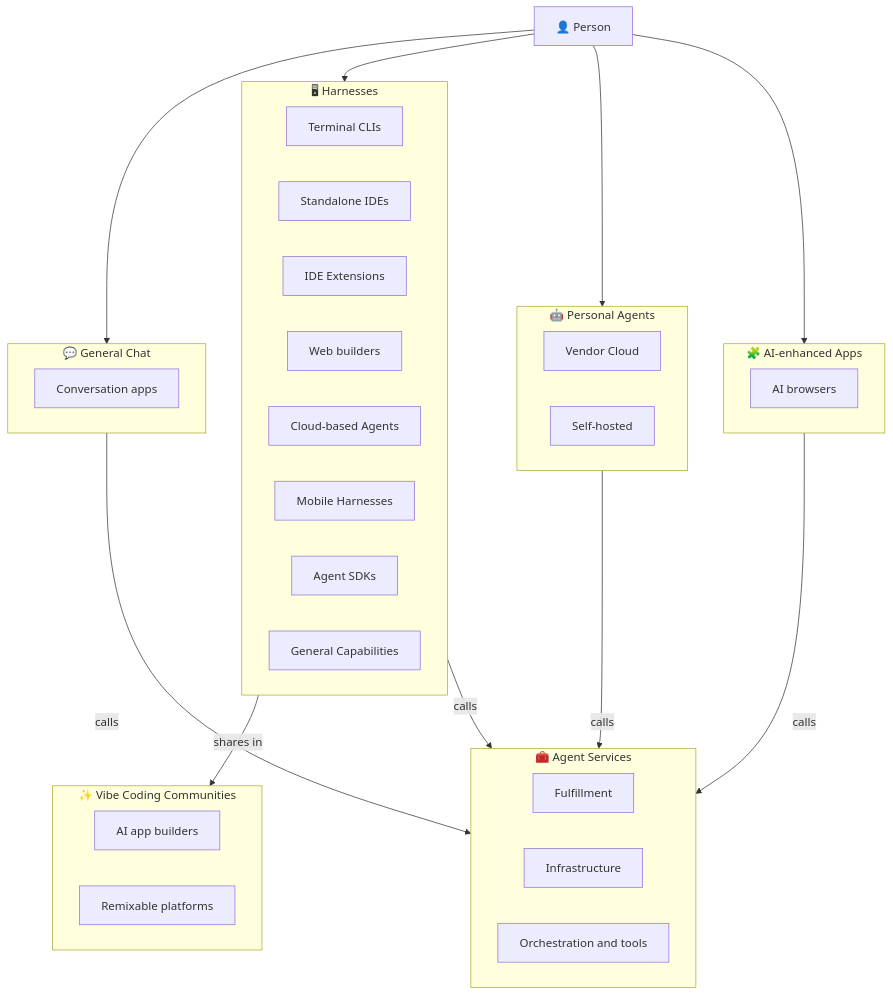
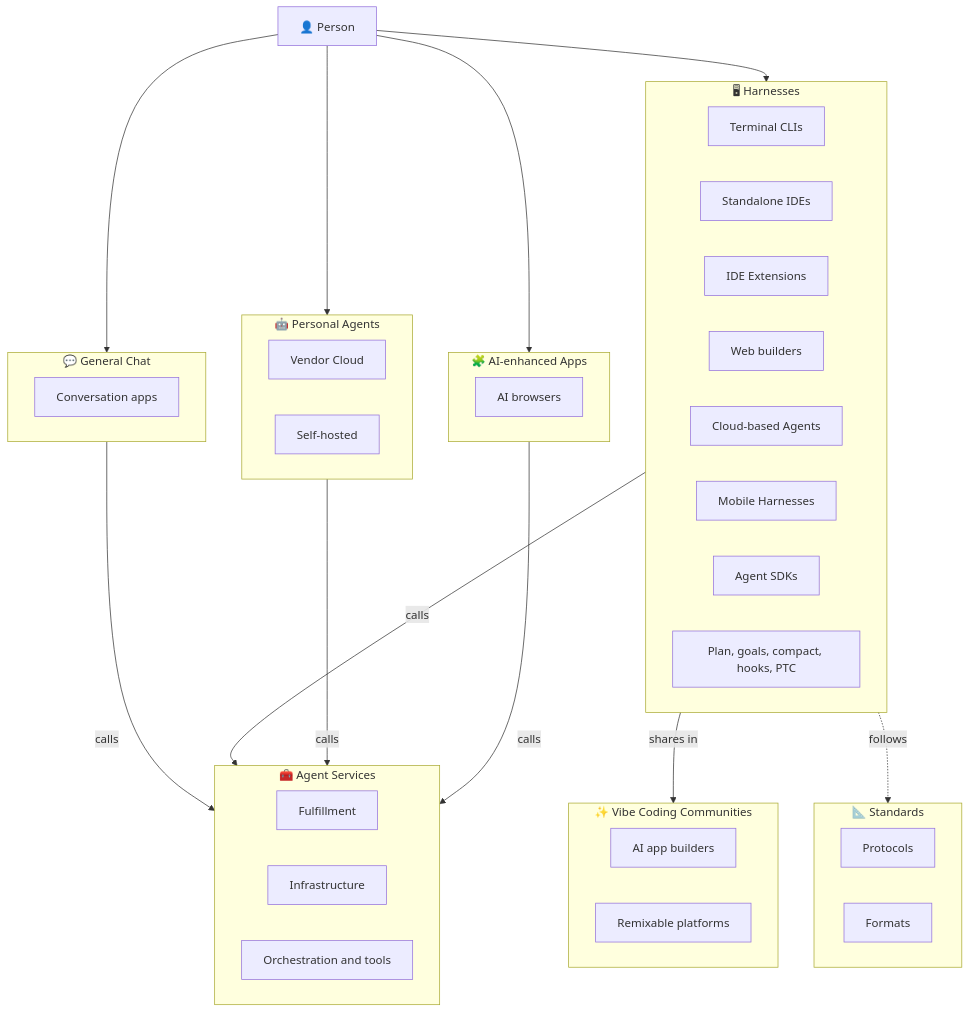
Before and after one commit to 0xWelt/Awesome-Vibe-Coding: the diagram in README.md, drawn with Mermaid. The commit also changed other lines of this file and 16 other files, not shown here.

````diff
--- a/README.md
+++ b/README.md
@@ -30,55 +30,62 @@
 ```mermaid
 flowchart TB
     Person["👤 Person"]
 
     subgraph chat["💬 General Chat"]
         direction LR
         GC1["Conversation apps"]
     end
 
     subgraph harnesses["🖥 Harnesses"]
         direction LR
         H1["Terminal CLIs"]
         H2["Standalone IDEs"]
         H3["IDE Extensions"]
         H4["Web builders"]
         H5["Cloud-based Agents"]
         H6["Mobile Harnesses"]
         H7["Agent SDKs"]
-        H8["General Capabilities"]
+        H8["Plan, goals, compact, hooks, PTC"]
     end
 
     subgraph community["✨ Vibe Coding Communities"]
         direction LR
         C1["AI app builders"]
         C2["Remixable platforms"]
     end
 
     subgraph personal["🤖 Personal Agents"]
         direction LR
         P1["Vendor Cloud"]
         P2["Self-hosted"]
     end
 
     subgraph apps["🧩 AI-enhanced Apps"]
         direction LR
         A1["AI browsers"]
     end
 
     subgraph services["🧰 Agent Services"]
         direction LR
         S1["Fulfillment"]
         S2["Infrastructure"]
         S3["Orchestration and tools"]
     end
 
+    subgraph standards["📐 Standards"]
+        direction LR
+        ST1["Protocols"]
+        ST2["Formats"]
+    end
+
     Person --> chat
     Person --> harnesses
     Person --> personal
     Person --> apps
     harnesses -->|shares in| community
     chat -->|calls| services
     harnesses -->|calls| services
     personal -->|calls| services
     apps -->|calls| services
+    harnesses -.->|follows| standards
 ```
````
